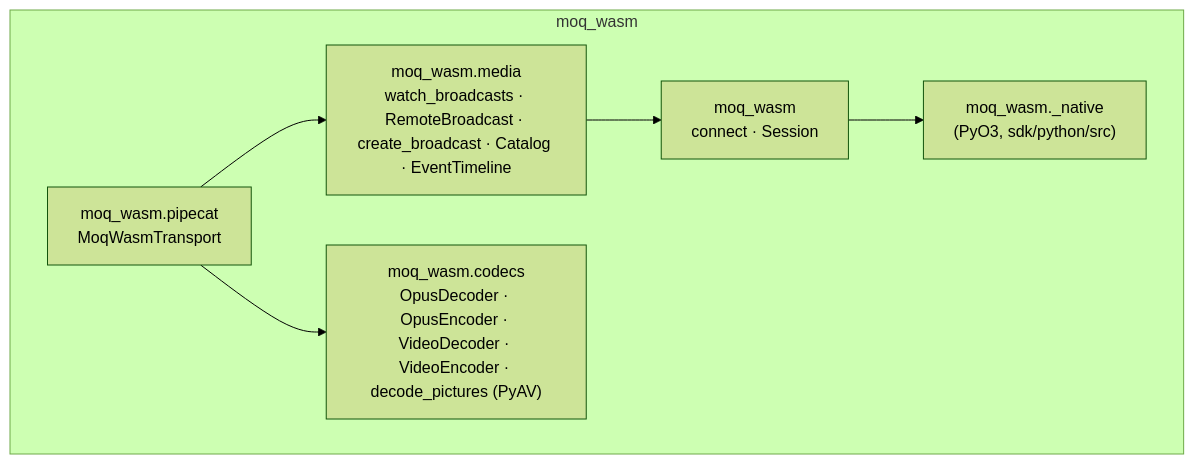
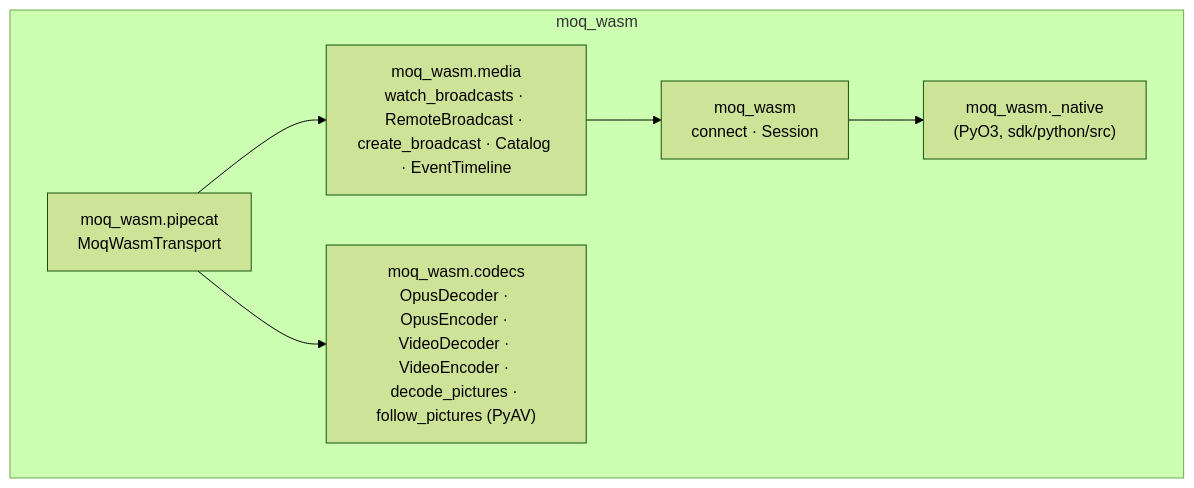
Before and after one commit to nttcom/moq-wasm: the diagram in docs/architecture/python/sdk.md, drawn with Mermaid (forest theme). The commit also changed other lines of this file and 5 other files, not shown here.

First line of the commit message:
feat(python): follow a video track's pictures across its subscriptions (#1915)

````diff
--- a/docs/architecture/python/sdk.md
+++ b/docs/architecture/python/sdk.md
@@ -90,12 +90,12 @@
 ```mermaid
 flowchart TB
     subgraph moq_wasm
         pipecat["moq_wasm.pipecat<br/>MoqWasmTransport"]
-        codecs["moq_wasm.codecs<br/>OpusDecoder · OpusEncoder · VideoDecoder · VideoEncoder · decode_pictures (PyAV)"]
+        codecs["moq_wasm.codecs<br/>OpusDecoder · OpusEncoder · VideoDecoder · VideoEncoder · decode_pictures · follow_pictures (PyAV)"]
         media["moq_wasm.media<br/>watch_broadcasts · RemoteBroadcast · create_broadcast · Catalog · EventTimeline"]
         core["moq_wasm<br/>connect · Session"]
         native["moq_wasm._native<br/>(PyO3, sdk/python/src)"]
     end
     pipecat --> media --> core --> native
     pipecat --> codecs
 ```
````
